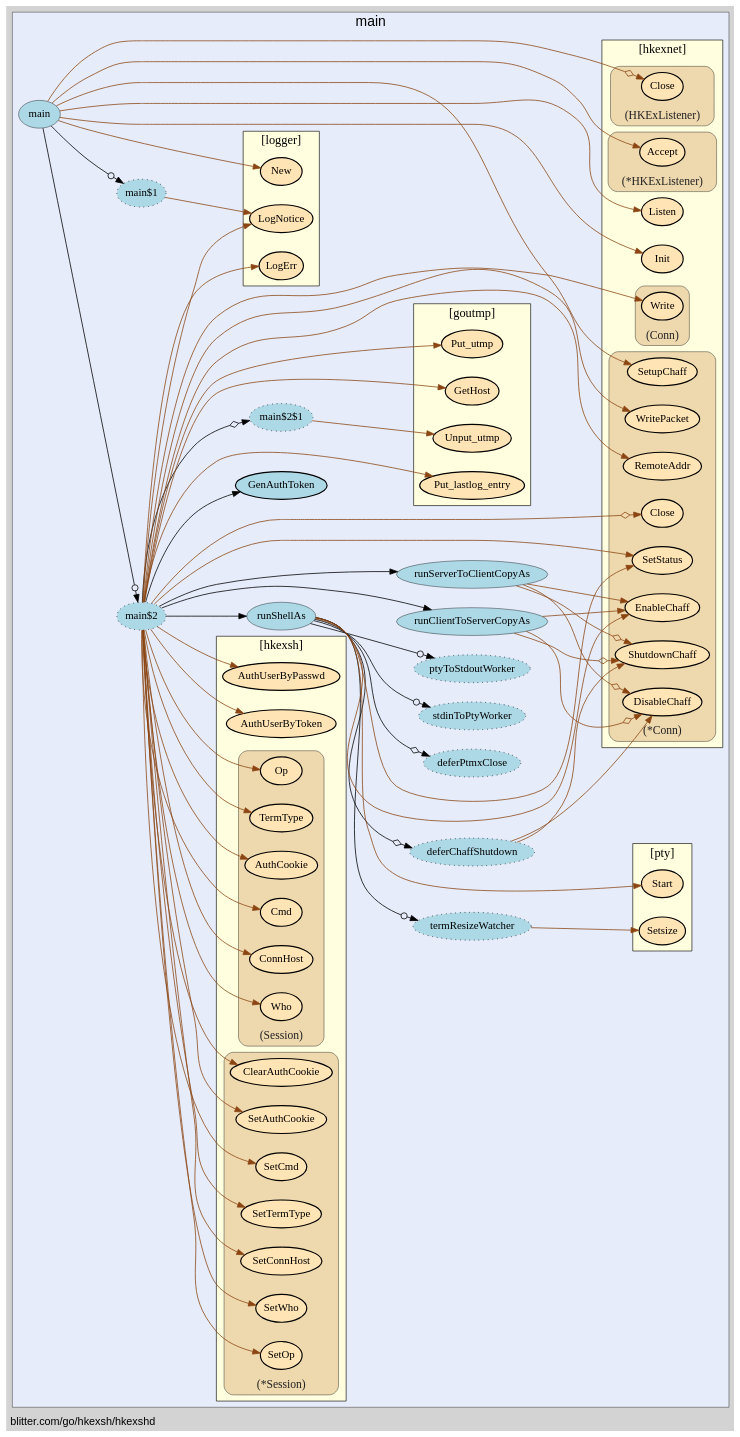
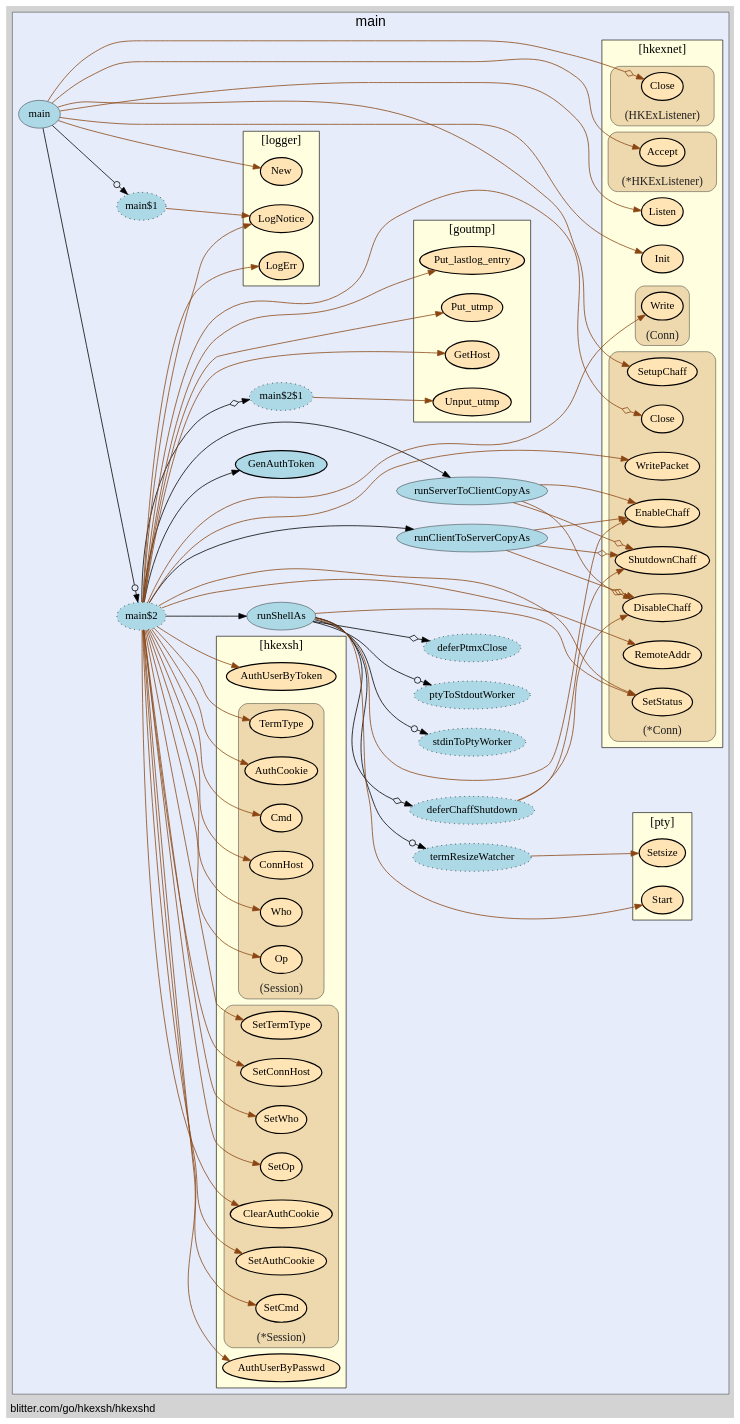
The diagram in hkexshd/hkexshd-vis.gv (isgasho/xs), drawn with Graphviz before and after one commit. The commit also changed 10 other files, not shown here.

```diff
--- a/hkexshd/hkexshd-vis.gv
+++ b/hkexshd/hkexshd-vis.gv
@@ -14,171 +14,171 @@
     edge [minlen="2"]
 
     subgraph "cluster_focus" {
-        bgcolor="#e6ecfa";
+        labeljust="c";
+fontsize="18";
+bgcolor="#e6ecfa";
 label="main";
 labelloc="t";
-labeljust="c";
-fontsize="18";
         
+        "blitter.com/go/hkexsh/hkexshd.main$1" [ style="dotted,filled" fillcolor="lightblue" label="main$1" ]
+        "blitter.com/go/hkexsh/hkexshd.runServerToClientCopyAs" [ label="runServerToClientCopyAs" penwidth="0.5" fillcolor="lightblue" ]
+        "blitter.com/go/hkexsh/hkexshd.main" [ fillcolor="lightblue" label="main" penwidth="0.5" ]
+        "blitter.com/go/hkexsh/hkexshd.main$2" [ fillcolor="lightblue" label="main$2" style="dotted,filled" ]
+        "blitter.com/go/hkexsh/hkexshd.GenAuthToken" [ penwidth="1.5" fillcolor="lightblue" label="GenAuthToken" ]
         "blitter.com/go/hkexsh/hkexshd.runShellAs" [ fillcolor="lightblue" label="runShellAs" penwidth="0.5" ]
-        "blitter.com/go/hkexsh/hkexshd.runShellAs$1" [ style="dotted,filled" fillcolor="lightblue" label="deferPtmxClose" ]
+        "blitter.com/go/hkexsh/hkexshd.runShellAs$1" [ fillcolor="lightblue" label="deferPtmxClose" style="dotted,filled" ]
         "blitter.com/go/hkexsh/hkexshd.runShellAs$2" [ fillcolor="lightblue" label="termResizeWatcher" style="dotted,filled" ]
         "blitter.com/go/hkexsh/hkexshd.runShellAs$3" [ fillcolor="lightblue" label="stdinToPtyWorker" style="dotted,filled" ]
         "blitter.com/go/hkexsh/hkexshd.runShellAs$4" [ fillcolor="lightblue" label="deferChaffShutdown" style="dotted,filled" ]
         "blitter.com/go/hkexsh/hkexshd.runShellAs$5" [ fillcolor="lightblue" label="ptyToStdoutWorker" style="dotted,filled" ]
-        "blitter.com/go/hkexsh/hkexshd.main$1" [ fillcolor="lightblue" label="main$1" style="dotted,filled" ]
-        "blitter.com/go/hkexsh/hkexshd.main" [ fillcolor="lightblue" label="main" penwidth="0.5" ]
-        "blitter.com/go/hkexsh/hkexshd.main$2" [ style="dotted,filled" fillcolor="lightblue" label="main$2" ]
-        "blitter.com/go/hkexsh/hkexshd.GenAuthToken" [ fillcolor="lightblue" label="GenAuthToken" penwidth="1.5" ]
         "blitter.com/go/hkexsh/hkexshd.main$2$1" [ fillcolor="lightblue" label="main$2$1" style="dotted,filled" ]
         "blitter.com/go/hkexsh/hkexshd.runClientToServerCopyAs" [ fillcolor="lightblue" label="runClientToServerCopyAs" penwidth="0.5" ]
-        "blitter.com/go/hkexsh/hkexshd.runServerToClientCopyAs" [ fillcolor="lightblue" label="runServerToClientCopyAs" penwidth="0.5" ]
         
         subgraph "cluster_blitter.com/go/goutmp" {
-        penwidth="0.8";
+        style="filled";
+fillcolor="lightyellow";
 fontname="bold";
+rank="sink";
+penwidth="0.8";
+fontsize="16";
 label="[goutmp]";
 URL="/?f=blitter.com/go/goutmp";
-fontsize="16";
-style="filled";
-fillcolor="lightyellow";
-rank="sink";
 tooltip="package: blitter.com/go/goutmp";
         
-        "blitter.com/go/goutmp.GetHost" [ fillcolor="moccasin" label="GetHost" penwidth="1.5" ]
+        "blitter.com/go/goutmp.GetHost" [ label="GetHost" penwidth="1.5" fillcolor="moccasin" ]
         "blitter.com/go/goutmp.Put_utmp" [ fillcolor="moccasin" label="Put_utmp" penwidth="1.5" ]
         "blitter.com/go/goutmp.Unput_utmp" [ fillcolor="moccasin" label="Unput_utmp" penwidth="1.5" ]
-        "blitter.com/go/goutmp.Put_lastlog_entry" [ label="Put_lastlog_entry" penwidth="1.5" fillcolor="moccasin" ]
+        "blitter.com/go/goutmp.Put_lastlog_entry" [ fillcolor="moccasin" label="Put_lastlog_entry" penwidth="1.5" ]
         
     }
 
         subgraph "cluster_blitter.com/go/hkexsh" {
-        fillcolor="lightyellow";
-tooltip="package: blitter.com/go/hkexsh";
-penwidth="0.8";
+        penwidth="0.8";
 fontsize="16";
+label="[hkexsh]";
 style="filled";
+fillcolor="lightyellow";
 fontname="bold";
 rank="sink";
-label="[hkexsh]";
 URL="/?f=blitter.com/go/hkexsh";
+tooltip="package: blitter.com/go/hkexsh";
         
-        "blitter.com/go/hkexsh.AuthUserByToken" [ label="AuthUserByToken" penwidth="1.5" fillcolor="moccasin" ]
+        "blitter.com/go/hkexsh.AuthUserByToken" [ fillcolor="moccasin" label="AuthUserByToken" penwidth="1.5" ]
         "blitter.com/go/hkexsh.AuthUserByPasswd" [ fillcolor="moccasin" label="AuthUserByPasswd" penwidth="1.5" ]
         
         subgraph "cluster_*blitter.com/go/hkexsh.Session" {
-        penwidth="0.5";
-fontsize="15";
+        fontsize="15";
 fontcolor="#222222";
 labelloc="b";
 style="rounded,filled";
 fillcolor="wheat2";
 label="(*Session)";
 tooltip="type: *blitter.com/go/hkexsh.Session";
+penwidth="0.5";
         
         "(*blitter.com/go/hkexsh.Session).SetOp" [ fillcolor="moccasin" label="SetOp" penwidth="1.5" ]
-        "(*blitter.com/go/hkexsh.Session).SetWho" [ label="SetWho" penwidth="1.5" fillcolor="moccasin" ]
+        "(*blitter.com/go/hkexsh.Session).SetWho" [ fillcolor="moccasin" label="SetWho" penwidth="1.5" ]
         "(*blitter.com/go/hkexsh.Session).SetConnHost" [ fillcolor="moccasin" label="SetConnHost" penwidth="1.5" ]
-        "(*blitter.com/go/hkexsh.Session).SetTermType" [ label="SetTermType" penwidth="1.5" fillcolor="moccasin" ]
-        "(*blitter.com/go/hkexsh.Session).SetCmd" [ label="SetCmd" penwidth="1.5" fillcolor="moccasin" ]
-        "(*blitter.com/go/hkexsh.Session).SetAuthCookie" [ label="SetAuthCookie" penwidth="1.5" fillcolor="moccasin" ]
-        "(*blitter.com/go/hkexsh.Session).ClearAuthCookie" [ fillcolor="moccasin" label="ClearAuthCookie" penwidth="1.5" ]
+        "(*blitter.com/go/hkexsh.Session).SetTermType" [ fillcolor="moccasin" label="SetTermType" penwidth="1.5" ]
+        "(*blitter.com/go/hkexsh.Session).SetCmd" [ fillcolor="moccasin" label="SetCmd" penwidth="1.5" ]
+        "(*blitter.com/go/hkexsh.Session).SetAuthCookie" [ fillcolor="moccasin" label="SetAuthCookie" penwidth="1.5" ]
+        "(*blitter.com/go/hkexsh.Session).ClearAuthCookie" [ penwidth="1.5" fillcolor="moccasin" label="ClearAuthCookie" ]
         
     }
 
         subgraph "cluster_blitter.com/go/hkexsh.Session" {
-        label="(Session)";
+        fillcolor="wheat2";
+label="(Session)";
 tooltip="type: blitter.com/go/hkexsh.Session";
 penwidth="0.5";
 fontsize="15";
 fontcolor="#222222";
 labelloc="b";
 style="rounded,filled";
-fillcolor="wheat2";
         
-        "(blitter.com/go/hkexsh.Session).Op" [ penwidth="1.5" fillcolor="moccasin" label="Op" ]
+        "(blitter.com/go/hkexsh.Session).Op" [ fillcolor="moccasin" label="Op" penwidth="1.5" ]
         "(blitter.com/go/hkexsh.Session).Who" [ fillcolor="moccasin" label="Who" penwidth="1.5" ]
-        "(blitter.com/go/hkexsh.Session).ConnHost" [ label="ConnHost" penwidth="1.5" fillcolor="moccasin" ]
+        "(blitter.com/go/hkexsh.Session).ConnHost" [ fillcolor="moccasin" label="ConnHost" penwidth="1.5" ]
         "(blitter.com/go/hkexsh.Session).Cmd" [ fillcolor="moccasin" label="Cmd" penwidth="1.5" ]
         "(blitter.com/go/hkexsh.Session).AuthCookie" [ fillcolor="moccasin" label="AuthCookie" penwidth="1.5" ]
-        "(blitter.com/go/hkexsh.Session).TermType" [ fillcolor="moccasin" label="TermType" penwidth="1.5" ]
+        "(blitter.com/go/hkexsh.Session).TermType" [ label="TermType" penwidth="1.5" fillcolor="moccasin" ]
         
     }
 
     }
 
         subgraph "cluster_blitter.com/go/hkexsh/hkexnet" {
-        penwidth="0.8";
-fillcolor="lightyellow";
+        rank="sink";
+URL="/?f=blitter.com/go/hkexsh/hkexnet";
 fontname="bold";
 label="[hkexnet]";
+tooltip="package: blitter.com/go/hkexsh/hkexnet";
+penwidth="0.8";
 fontsize="16";
 style="filled";
-rank="sink";
-URL="/?f=blitter.com/go/hkexsh/hkexnet";
-tooltip="package: blitter.com/go/hkexsh/hkexnet";
+fillcolor="lightyellow";
         
-        "blitter.com/go/hkexsh/hkexnet.Init" [ label="Init" penwidth="1.5" fillcolor="moccasin" ]
+        "blitter.com/go/hkexsh/hkexnet.Init" [ penwidth="1.5" fillcolor="moccasin" label="Init" ]
         "blitter.com/go/hkexsh/hkexnet.Listen" [ fillcolor="moccasin" label="Listen" penwidth="1.5" ]
         
         subgraph "cluster_*blitter.com/go/hkexsh/hkexnet.Conn" {
-        penwidth="0.5";
-fontsize="15";
-fontcolor="#222222";
-labelloc="b";
+        labelloc="b";
 style="rounded,filled";
 fillcolor="wheat2";
 label="(*Conn)";
 tooltip="type: *blitter.com/go/hkexsh/hkexnet.Conn";
+penwidth="0.5";
+fontsize="15";
+fontcolor="#222222";
         
         "(*blitter.com/go/hkexsh/hkexnet.Conn).EnableChaff" [ fillcolor="moccasin" label="EnableChaff" penwidth="1.5" ]
         "(*blitter.com/go/hkexsh/hkexnet.Conn).DisableChaff" [ fillcolor="moccasin" label="DisableChaff" penwidth="1.5" ]
         "(*blitter.com/go/hkexsh/hkexnet.Conn).ShutdownChaff" [ fillcolor="moccasin" label="ShutdownChaff" penwidth="1.5" ]
-        "(*blitter.com/go/hkexsh/hkexnet.Conn).SetStatus" [ penwidth="1.5" fillcolor="moccasin" label="SetStatus" ]
         "(*blitter.com/go/hkexsh/hkexnet.Conn).SetupChaff" [ label="SetupChaff" penwidth="1.5" fillcolor="moccasin" ]
         "(*blitter.com/go/hkexsh/hkexnet.Conn).Close" [ fillcolor="moccasin" label="Close" penwidth="1.5" ]
-        "(*blitter.com/go/hkexsh/hkexnet.Conn).RemoteAddr" [ fillcolor="moccasin" label="RemoteAddr" penwidth="1.5" ]
-        "(*blitter.com/go/hkexsh/hkexnet.Conn).WritePacket" [ label="WritePacket" penwidth="1.5" fillcolor="moccasin" ]
+        "(*blitter.com/go/hkexsh/hkexnet.Conn).RemoteAddr" [ label="RemoteAddr" penwidth="1.5" fillcolor="moccasin" ]
+        "(*blitter.com/go/hkexsh/hkexnet.Conn).SetStatus" [ fillcolor="moccasin" label="SetStatus" penwidth="1.5" ]
+        "(*blitter.com/go/hkexsh/hkexnet.Conn).WritePacket" [ fillcolor="moccasin" label="WritePacket" penwidth="1.5" ]
         
     }
 
         subgraph "cluster_*blitter.com/go/hkexsh/hkexnet.HKExListener" {
-        label="(*HKExListener)";
+        fillcolor="wheat2";
+label="(*HKExListener)";
 tooltip="type: *blitter.com/go/hkexsh/hkexnet.HKExListener";
 penwidth="0.5";
 fontsize="15";
 fontcolor="#222222";
 labelloc="b";
 style="rounded,filled";
-fillcolor="wheat2";
         
-        "(*blitter.com/go/hkexsh/hkexnet.HKExListener).Accept" [ fillcolor="moccasin" label="Accept" penwidth="1.5" ]
+        "(*blitter.com/go/hkexsh/hkexnet.HKExListener).Accept" [ penwidth="1.5" fillcolor="moccasin" label="Accept" ]
         
     }
 
         subgraph "cluster_blitter.com/go/hkexsh/hkexnet.Conn" {
-        label="(Conn)";
-tooltip="type: blitter.com/go/hkexsh/hkexnet.Conn";
-penwidth="0.5";
-fontsize="15";
+        fontsize="15";
 fontcolor="#222222";
 labelloc="b";
 style="rounded,filled";
 fillcolor="wheat2";
+label="(Conn)";
+tooltip="type: blitter.com/go/hkexsh/hkexnet.Conn";
+penwidth="0.5";
         
-        "(blitter.com/go/hkexsh/hkexnet.Conn).Write" [ penwidth="1.5" fillcolor="moccasin" label="Write" ]
+        "(blitter.com/go/hkexsh/hkexnet.Conn).Write" [ fillcolor="moccasin" label="Write" penwidth="1.5" ]
         
     }
 
         subgraph "cluster_blitter.com/go/hkexsh/hkexnet.HKExListener" {
-        fontcolor="#222222";
+        fontsize="15";
+fontcolor="#222222";
 labelloc="b";
 style="rounded,filled";
 fillcolor="wheat2";
 label="(HKExListener)";
 tooltip="type: blitter.com/go/hkexsh/hkexnet.HKExListener";
 penwidth="0.5";
-fontsize="15";
         
         "(blitter.com/go/hkexsh/hkexnet.HKExListener).Close" [ fillcolor="moccasin" label="Close" penwidth="1.5" ]
         
@@ -187,52 +187,44 @@
     }
 
         subgraph "cluster_blitter.com/go/hkexsh/logger" {
-        rank="sink";
+        fillcolor="lightyellow";
+fontname="bold";
+rank="sink";
 URL="/?f=blitter.com/go/hkexsh/logger";
 penwidth="0.8";
+style="filled";
+tooltip="package: blitter.com/go/hkexsh/logger";
 fontsize="16";
-fillcolor="lightyellow";
-tooltip="package: blitter.com/go/hkexsh/logger";
-style="filled";
-fontname="bold";
 label="[logger]";
         
         "blitter.com/go/hkexsh/logger.LogNotice" [ penwidth="1.5" fillcolor="moccasin" label="LogNotice" ]
-        "blitter.com/go/hkexsh/logger.New" [ penwidth="1.5" fillcolor="moccasin" label="New" ]
+        "blitter.com/go/hkexsh/logger.New" [ label="New" penwidth="1.5" fillcolor="moccasin" ]
         "blitter.com/go/hkexsh/logger.LogErr" [ fillcolor="moccasin" label="LogErr" penwidth="1.5" ]
         
     }
 
         subgraph "cluster_github.com/kr/pty" {
-        fontsize="16";
+        penwidth="0.8";
+fontsize="16";
 style="filled";
+tooltip="package: github.com/kr/pty";
+fillcolor="lightyellow";
 fontname="bold";
 rank="sink";
 label="[pty]";
-tooltip="package: github.com/kr/pty";
-penwidth="0.8";
-fillcolor="lightyellow";
 URL="/?f=github.com/kr/pty";
         
         "github.com/kr/pty.Start" [ fillcolor="moccasin" label="Start" penwidth="1.5" ]
-        "github.com/kr/pty.Setsize" [ penwidth="1.5" fillcolor="moccasin" label="Setsize" ]
+        "github.com/kr/pty.Setsize" [ fillcolor="moccasin" label="Setsize" penwidth="1.5" ]
         
     }
 
     }
 
-    "blitter.com/go/hkexsh/hkexshd.runShellAs" -> "github.com/kr/pty.Start" [ color="saddlebrown" ]
-    "blitter.com/go/hkexsh/hkexshd.runShellAs" -> "blitter.com/go/hkexsh/hkexshd.runShellAs$1" [ arrowhead="normalnoneodiamond" ]
-    "blitter.com/go/hkexsh/hkexshd.runShellAs$2" -> "github.com/kr/pty.Setsize" [ color="saddlebrown" ]
-    "blitter.com/go/hkexsh/hkexshd.runShellAs" -> "blitter.com/go/hkexsh/hkexshd.runShellAs$2" [ arrowhead="normalnoneodot" ]
-    "blitter.com/go/hkexsh/hkexshd.runShellAs" -> "blitter.com/go/hkexsh/hkexshd.runShellAs$3" [ arrowhead="normalnoneodot" ]
-    "blitter.com/go/hkexsh/hkexshd.runShellAs" -> "(*blitter.com/go/hkexsh/hkexnet.Conn).EnableChaff" [ color="saddlebrown" ]
-    "blitter.com/go/hkexsh/hkexshd.runShellAs$4" -> "(*blitter.com/go/hkexsh/hkexnet.Conn).DisableChaff" [ color="saddlebrown" ]
-    "blitter.com/go/hkexsh/hkexshd.runShellAs$4" -> "(*blitter.com/go/hkexsh/hkexnet.Conn).ShutdownChaff" [ color="saddlebrown" ]
-    "blitter.com/go/hkexsh/hkexshd.runShellAs" -> "blitter.com/go/hkexsh/hkexshd.runShellAs$4" [ arrowhead="normalnoneodiamond" ]
-    "blitter.com/go/hkexsh/hkexshd.runShellAs" -> "blitter.com/go/hkexsh/hkexshd.runShellAs$5" [ arrowhead="normalnoneodot" ]
-    "blitter.com/go/hkexsh/hkexshd.runShellAs" -> "(*blitter.com/go/hkexsh/hkexnet.Conn).SetStatus" [ color="saddlebrown" ]
     "blitter.com/go/hkexsh/hkexshd.main$1" -> "blitter.com/go/hkexsh/logger.LogNotice" [ color="saddlebrown" ]
+    "blitter.com/go/hkexsh/hkexshd.runServerToClientCopyAs" -> "(*blitter.com/go/hkexsh/hkexnet.Conn).EnableChaff" [ color="saddlebrown" ]
+    "blitter.com/go/hkexsh/hkexshd.runServerToClientCopyAs" -> "(*blitter.com/go/hkexsh/hkexnet.Conn).DisableChaff" [ arrowhead="normalnoneodiamond" color="saddlebrown" ]
+    "blitter.com/go/hkexsh/hkexshd.runServerToClientCopyAs" -> "(*blitter.com/go/hkexsh/hkexnet.Conn).ShutdownChaff" [ arrowhead="normalnoneodiamond" color="saddlebrown" ]
     "blitter.com/go/hkexsh/hkexshd.main" -> "blitter.com/go/hkexsh/logger.New" [ color="saddlebrown" ]
     "blitter.com/go/hkexsh/hkexshd.main" -> "blitter.com/go/hkexsh/hkexnet.Init" [ color="saddlebrown" ]
     "blitter.com/go/hkexsh/hkexshd.main" -> "blitter.com/go/hkexsh/hkexshd.main$1" [ arrowhead="normalnoneodot" ]
@@ -261,6 +253,17 @@
     "blitter.com/go/hkexsh/hkexshd.main$2" -> "blitter.com/go/goutmp.GetHost" [ color="saddlebrown" ]
     "blitter.com/go/hkexsh/hkexshd.main$2" -> "blitter.com/go/hkexsh/hkexshd.GenAuthToken" [  ]
     "blitter.com/go/hkexsh/hkexshd.main$2" -> "(blitter.com/go/hkexsh.Session).TermType" [ color="saddlebrown" ]
+    "blitter.com/go/hkexsh/hkexshd.runShellAs" -> "github.com/kr/pty.Start" [ color="saddlebrown" ]
+    "blitter.com/go/hkexsh/hkexshd.runShellAs" -> "blitter.com/go/hkexsh/hkexshd.runShellAs$1" [ arrowhead="normalnoneodiamond" ]
+    "blitter.com/go/hkexsh/hkexshd.runShellAs$2" -> "github.com/kr/pty.Setsize" [ color="saddlebrown" ]
+    "blitter.com/go/hkexsh/hkexshd.runShellAs" -> "blitter.com/go/hkexsh/hkexshd.runShellAs$2" [ arrowhead="normalnoneodot" ]
+    "blitter.com/go/hkexsh/hkexshd.runShellAs" -> "blitter.com/go/hkexsh/hkexshd.runShellAs$3" [ arrowhead="normalnoneodot" ]
+    "blitter.com/go/hkexsh/hkexshd.runShellAs" -> "(*blitter.com/go/hkexsh/hkexnet.Conn).EnableChaff" [ color="saddlebrown" ]
+    "blitter.com/go/hkexsh/hkexshd.runShellAs$4" -> "(*blitter.com/go/hkexsh/hkexnet.Conn).DisableChaff" [ color="saddlebrown" ]
+    "blitter.com/go/hkexsh/hkexshd.runShellAs$4" -> "(*blitter.com/go/hkexsh/hkexnet.Conn).ShutdownChaff" [ color="saddlebrown" ]
+    "blitter.com/go/hkexsh/hkexshd.runShellAs" -> "blitter.com/go/hkexsh/hkexshd.runShellAs$4" [ arrowhead="normalnoneodiamond" ]
+    "blitter.com/go/hkexsh/hkexshd.runShellAs" -> "blitter.com/go/hkexsh/hkexshd.runShellAs$5" [ arrowhead="normalnoneodot" ]
+    "blitter.com/go/hkexsh/hkexshd.runShellAs" -> "(*blitter.com/go/hkexsh/hkexnet.Conn).SetStatus" [ color="saddlebrown" ]
     "blitter.com/go/hkexsh/hkexshd.main$2" -> "blitter.com/go/hkexsh/hkexshd.runShellAs" [  ]
     "blitter.com/go/hkexsh/hkexshd.main$2" -> "blitter.com/go/hkexsh/logger.LogErr" [ color="saddlebrown" ]
     "blitter.com/go/hkexsh/hkexshd.main$2" -> "(*blitter.com/go/hkexsh/hkexnet.Conn).SetStatus" [ color="saddlebrown" ]
@@ -273,9 +276,6 @@
     "blitter.com/go/hkexsh/hkexshd.runClientToServerCopyAs" -> "(*blitter.com/go/hkexsh/hkexnet.Conn).ShutdownChaff" [ arrowhead="normalnoneodiamond" color="saddlebrown" ]
     "blitter.com/go/hkexsh/hkexshd.main$2" -> "blitter.com/go/hkexsh/hkexshd.runClientToServerCopyAs" [  ]
     "blitter.com/go/hkexsh/hkexshd.main$2" -> "(*blitter.com/go/hkexsh/hkexnet.Conn).WritePacket" [ color="saddlebrown" ]
-    "blitter.com/go/hkexsh/hkexshd.runServerToClientCopyAs" -> "(*blitter.com/go/hkexsh/hkexnet.Conn).EnableChaff" [ color="saddlebrown" ]
-    "blitter.com/go/hkexsh/hkexshd.runServerToClientCopyAs" -> "(*blitter.com/go/hkexsh/hkexnet.Conn).DisableChaff" [ arrowhead="normalnoneodiamond" color="saddlebrown" ]
-    "blitter.com/go/hkexsh/hkexshd.runServerToClientCopyAs" -> "(*blitter.com/go/hkexsh/hkexnet.Conn).ShutdownChaff" [ arrowhead="normalnoneodiamond" color="saddlebrown" ]
     "blitter.com/go/hkexsh/hkexshd.main$2" -> "blitter.com/go/hkexsh/hkexshd.runServerToClientCopyAs" [  ]
     "blitter.com/go/hkexsh/hkexshd.main" -> "blitter.com/go/hkexsh/hkexshd.main$2" [ arrowhead="normalnoneodot" ]
 }
```
